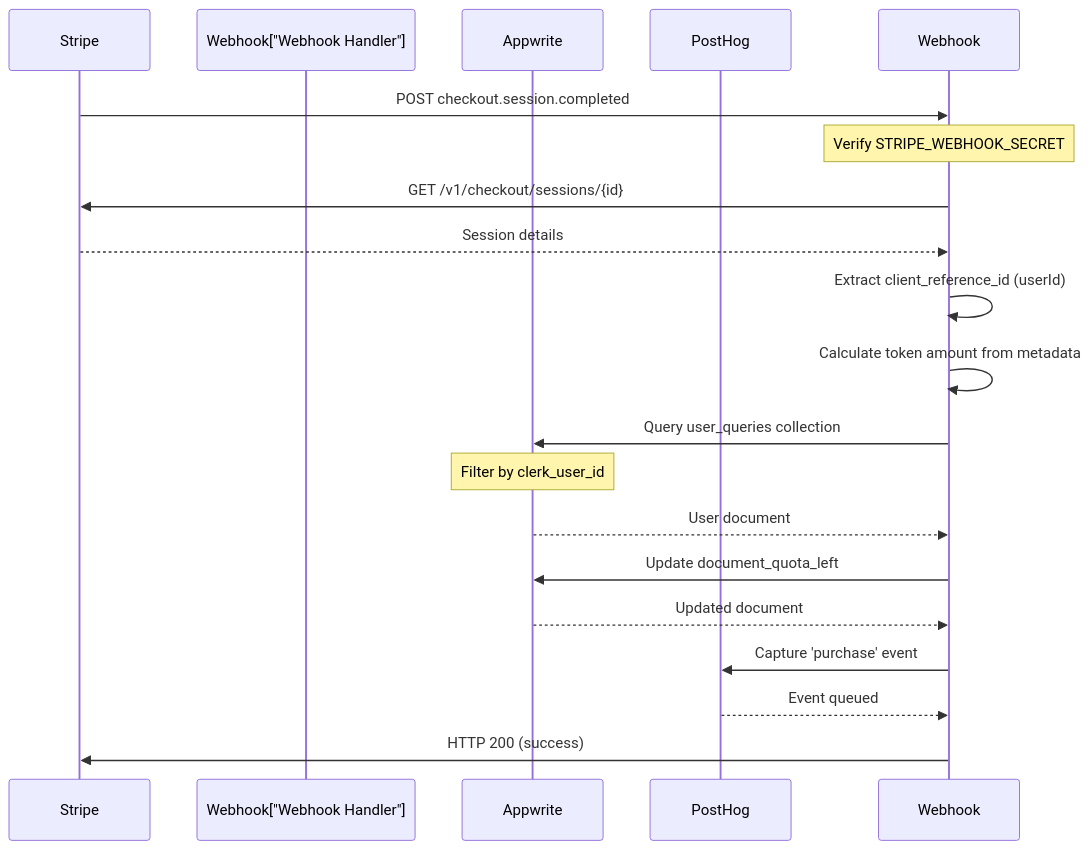
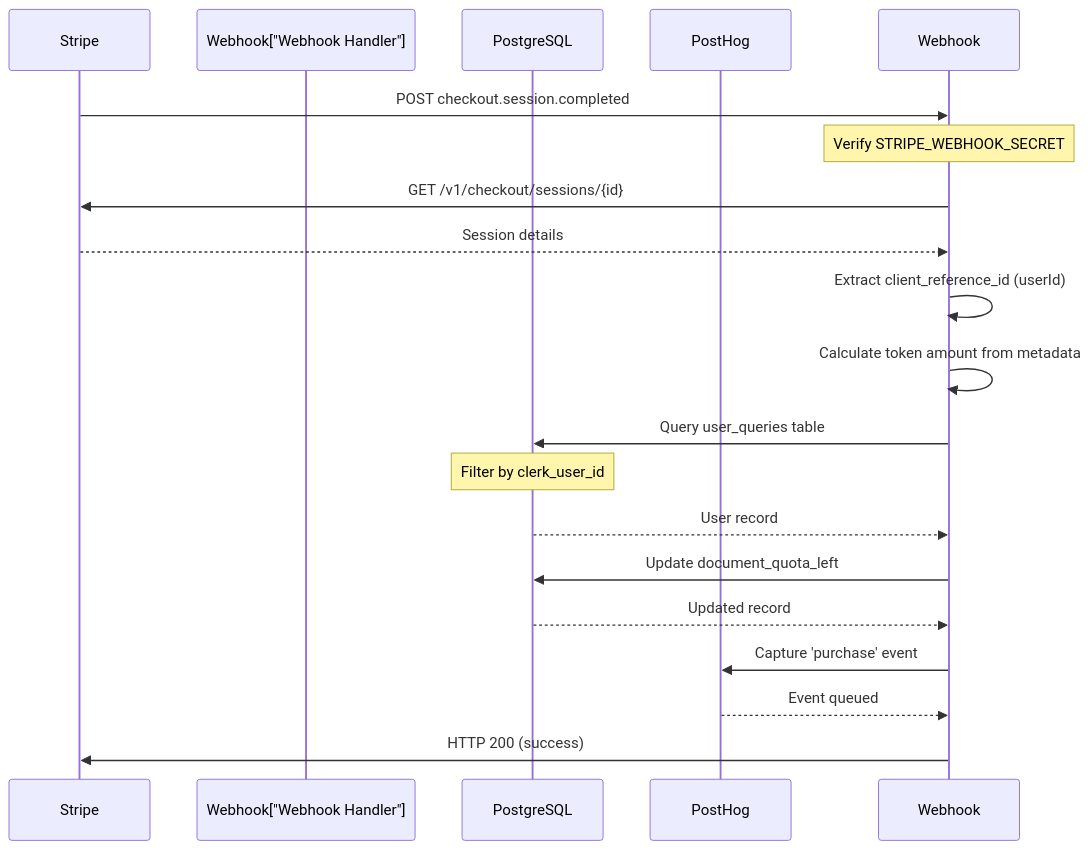
The fourth of 4 diagrams in docs/architecture/DATA_FLOW.md (duzhongli-d/contractagent), drawn with Mermaid before and after one commit. The commit also changed other lines of this file and 8 other files, not shown here.

````diff
--- a/docs/architecture/DATA_FLOW.md
+++ b/docs/architecture/DATA_FLOW.md
@@ -209,28 +209,28 @@
 ```mermaid
 sequenceDiagram
     participant Stripe
     participant Webhook["Webhook Handler"]
-    participant Appwrite
+    participant PostgreSQL
     participant PostHog
 
     Stripe->>Webhook: POST checkout.session.completed
     Note over Webhook: Verify STRIPE_WEBHOOK_SECRET
 
     Webhook->>Stripe: GET /v1/checkout/sessions/{id}
     Stripe-->>Webhook: Session details
 
     Webhook->>Webhook: Extract client_reference_id (userId)
     Webhook->>Webhook: Calculate token amount from metadata
 
-    Webhook->>Appwrite: Query user_queries collection
-    Note over Appwrite: Filter by clerk_user_id
-    Appwrite-->>Webhook: User document
+    Webhook->>PostgreSQL: Query user_queries table
+    Note over PostgreSQL: Filter by clerk_user_id
+    PostgreSQL-->>Webhook: User record
 
-    Webhook->>Appwrite: Update document_quota_left
-    Appwrite-->>Webhook: Updated document
+    Webhook->>PostgreSQL: Update document_quota_left
+    PostgreSQL-->>Webhook: Updated record
 
     Webhook->>PostHog: Capture 'purchase' event
     PostHog-->>Webhook: Event queued
 
     Webhook->>Stripe: HTTP 200 (success)
 ```
````
